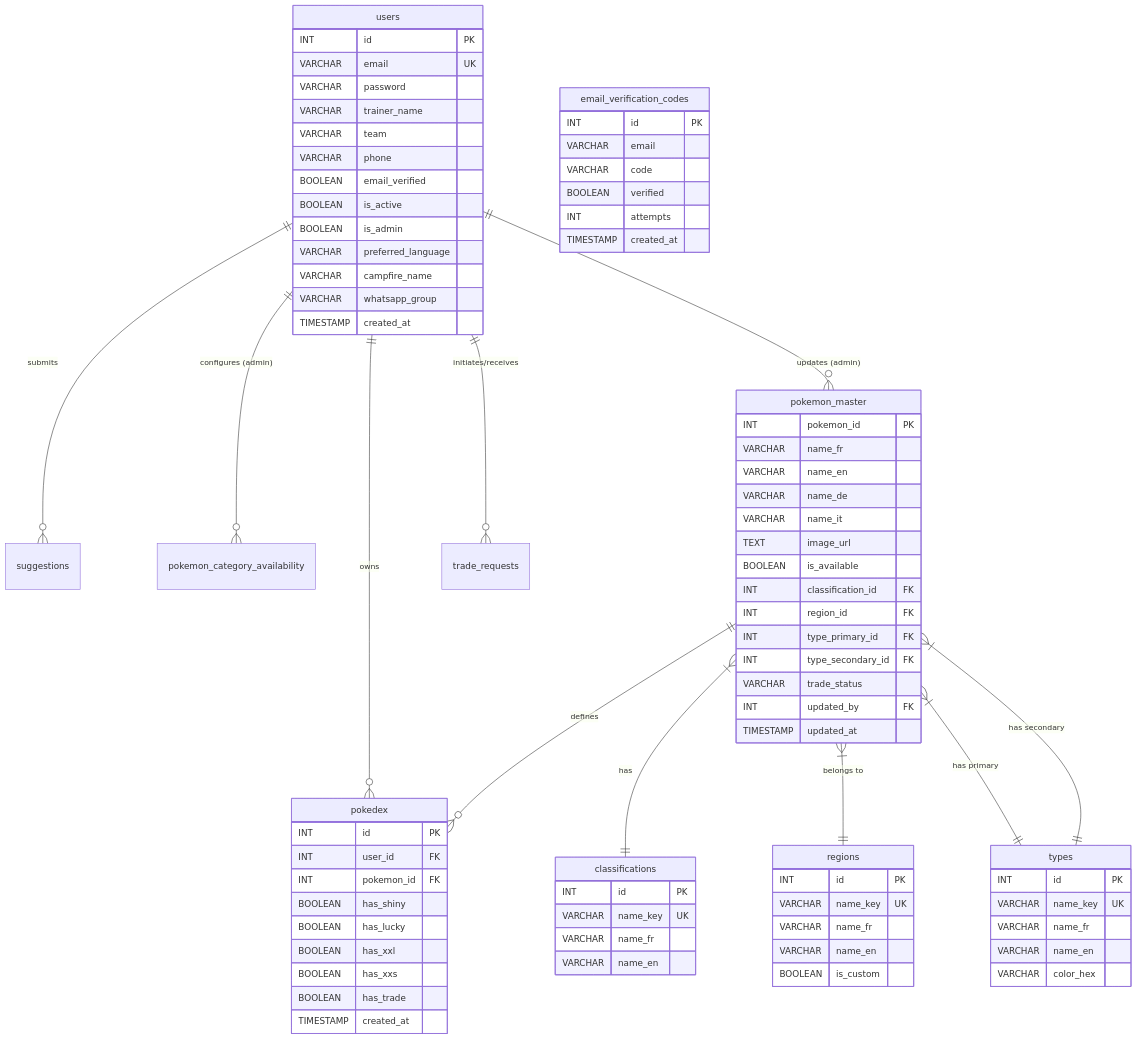
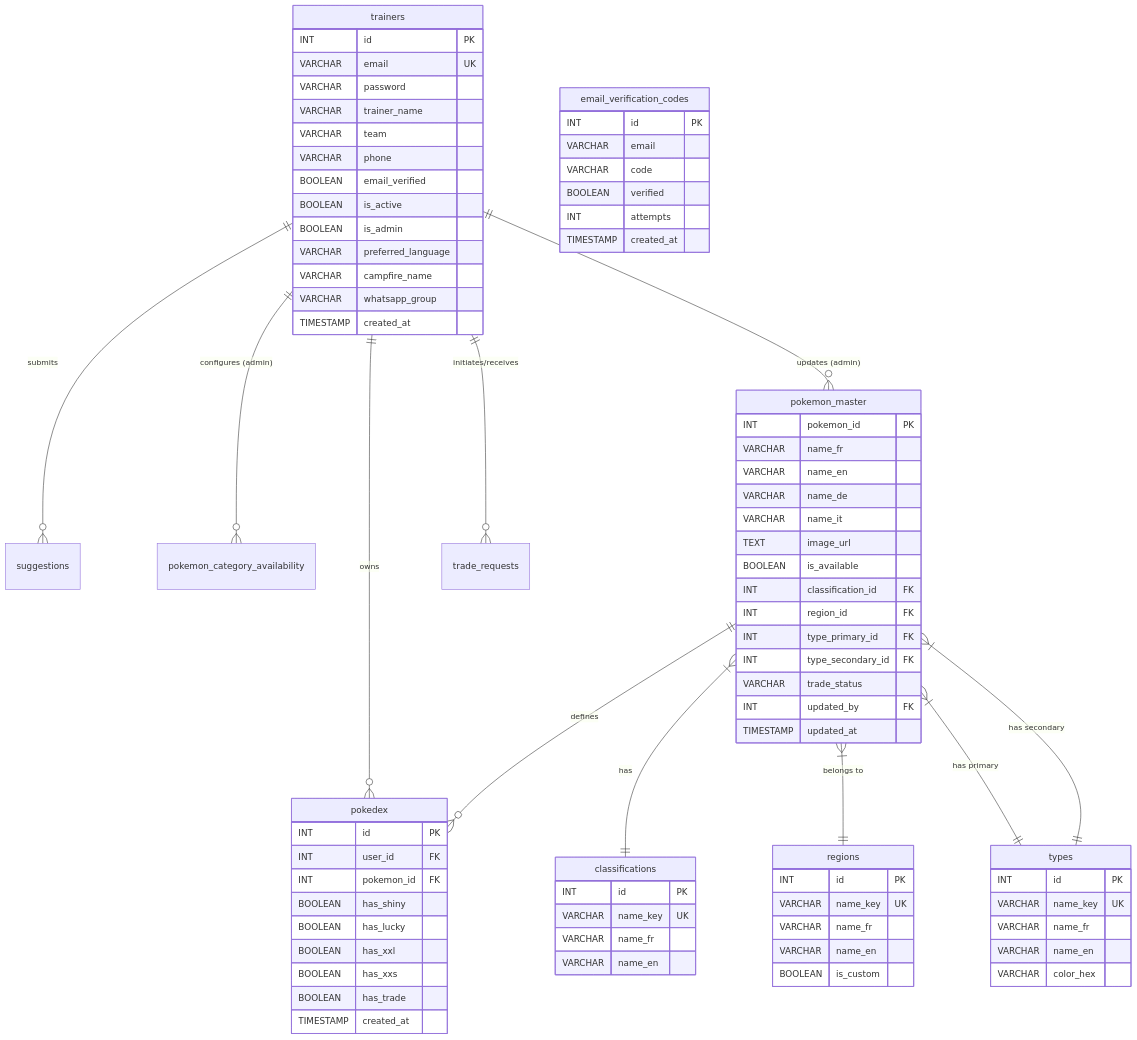
One commit to pokedec-admin/PokedEC changed the diagram in database_schema.md. Above: the diagram before and after it, drawn with Mermaid. The commit also changed other lines of this file and 40 other files, not shown here.

````diff
--- a/database_schema.md
+++ b/database_schema.md
@@ -5,10 +5,10 @@
 ```mermaid
 erDiagram
-    users ||--o{ pokedex : "owns"
-    users ||--o{ suggestions : "submits"
-    users ||--o{ pokemon_category_availability : "configures (admin)"
-    users ||--o{ pokemon_master : "updates (admin)"
-    users ||--o{ trade_requests : "initiates/receives"
+    trainers ||--o{ pokedex : "owns"
+    trainers ||--o{ suggestions : "submits"
+    trainers ||--o{ pokemon_category_availability : "configures (admin)"
+    trainers ||--o{ pokemon_master : "updates (admin)"
+    trainers ||--o{ trade_requests : "initiates/receives"
     
     pokemon_master ||--o{ pokedex : "defines"
     pokemon_master }|--|| classifications : "has"
@@ -16,7 +16,7 @@
     pokemon_master }|--|| types : "has primary"
     pokemon_master }|--|| types : "has secondary"
     
-    users {
+    trainers {
         INT id PK
         VARCHAR email UK
         VARCHAR password
````
